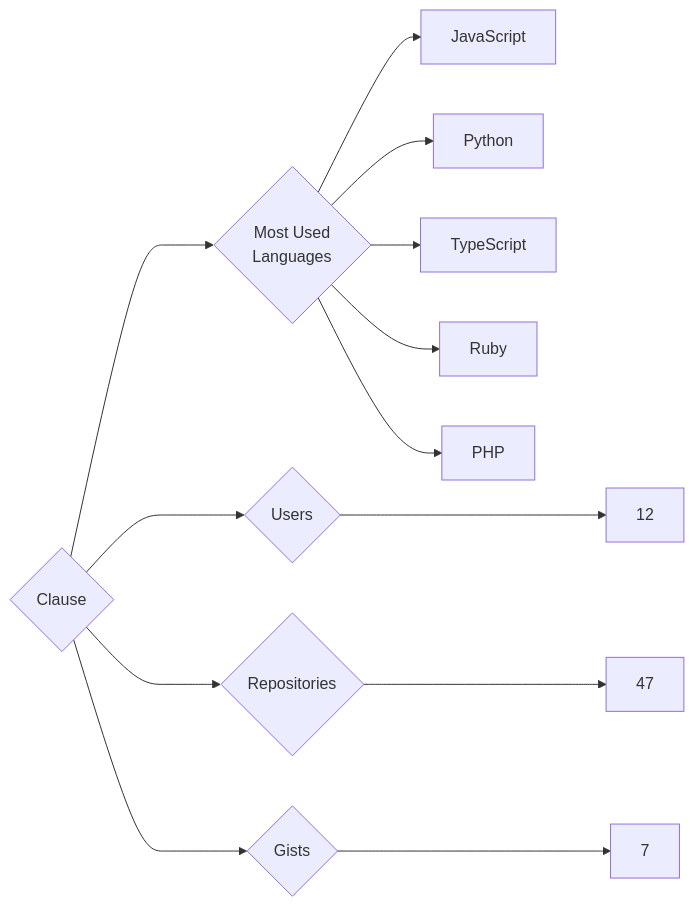
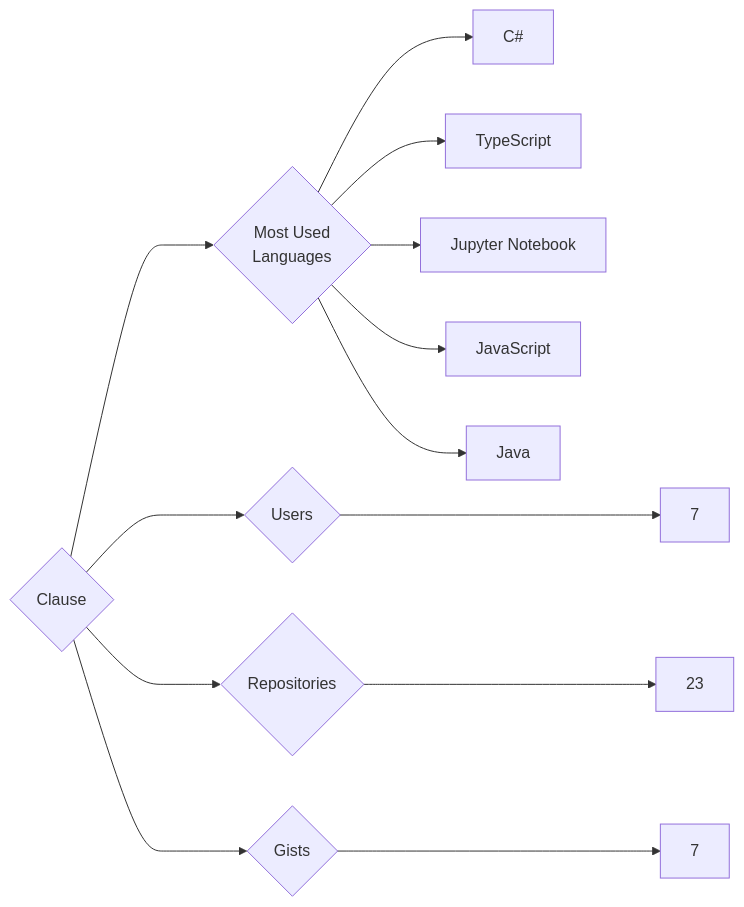
One commit to trickest/insiders changed the diagram in targets/Clause/README.md. Above: the diagram before and after it, drawn with Mermaid. The commit also changed 752 other files, not shown here.

````diff
--- a/targets/Clause/README.md
+++ b/targets/Clause/README.md
@@ -3,13 +3,13 @@
 ```mermaid
 graph LR
 COMPANY_NAME{Clause}
-COMPANY_NAME ---> U{Users} ---> UN[12]
-COMPANY_NAME ---> R{Repositories} ---> RN[47]
+COMPANY_NAME ---> U{Users} ---> UN[7]
+COMPANY_NAME ---> R{Repositories} ---> RN[23]
 COMPANY_NAME ---> G{Gists} ---> GN[7]
 COMPANY_NAME ---> ML{Most Used<br>Languages}
+ML --> C#[C#]
+ML --> TypeScript[TypeScript]
+ML --> Jupyter_Notebook[Jupyter Notebook]
 ML --> JavaScript[JavaScript]
-ML --> Python[Python]
-ML --> TypeScript[TypeScript]
-ML --> Ruby[Ruby]
-ML --> PHP[PHP]
+ML --> Java[Java]
 ```
````
